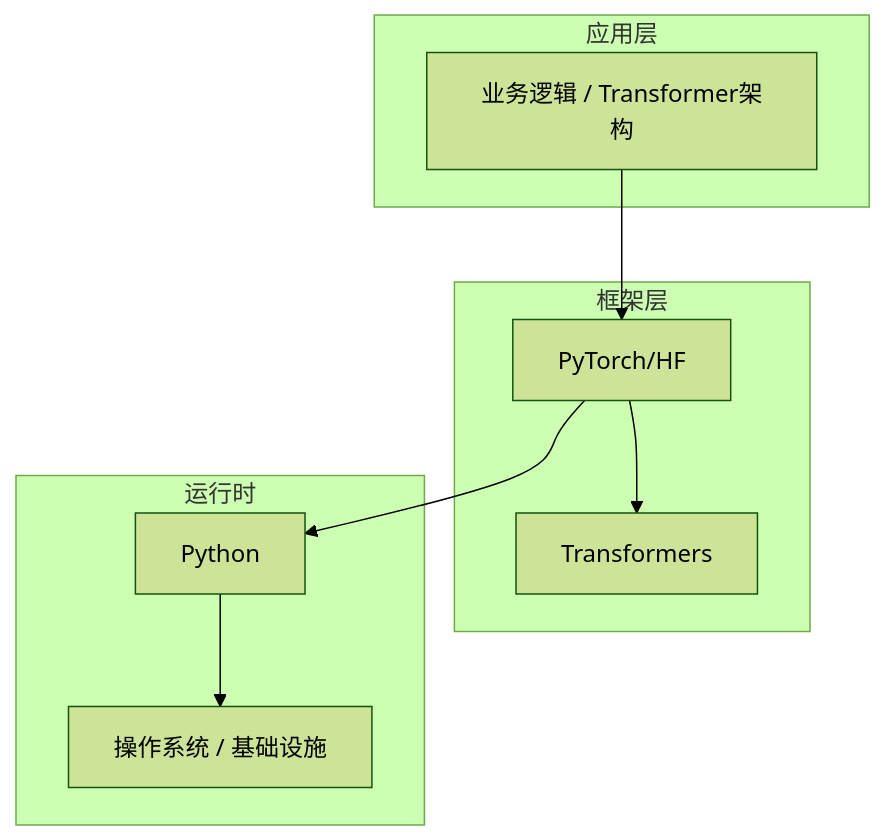
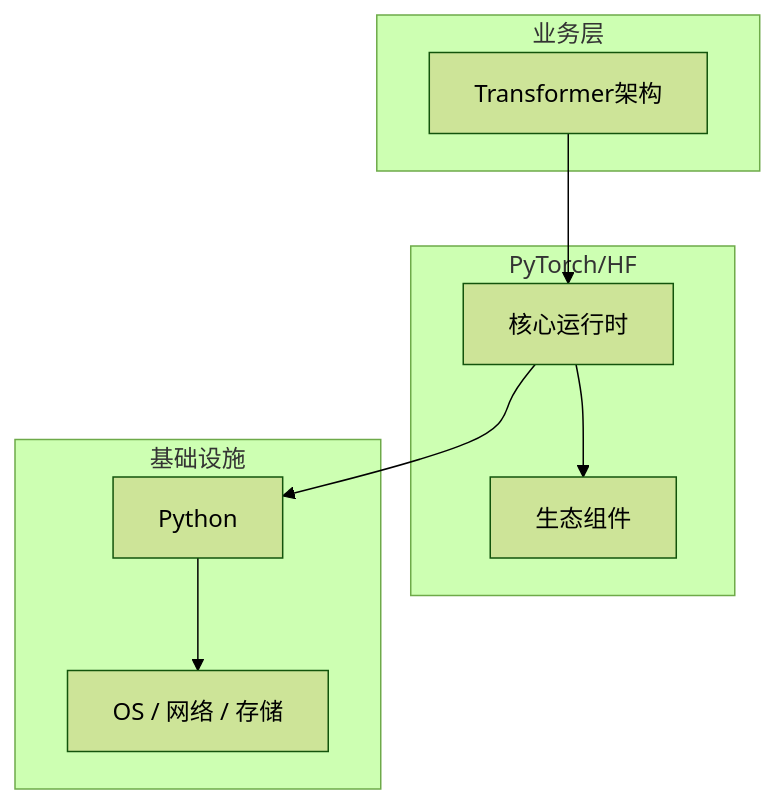
The diagram in articles/大语言模型/chapters/009-Transformer架构核心概念与原理.md (yanggan2015/knowledge-json-v2), drawn with Mermaid (forest theme) before and after one commit. The commit also changed other lines of this file and 10127 other files, not shown here.

````diff
--- a/articles/大语言模型/chapters/009-Transformer架构核心概念与原理.md
+++ b/articles/大语言模型/chapters/009-Transformer架构核心概念与原理.md
@@ -45,18 +30,18 @@
 ```mermaid
 graph TB
-    subgraph 应用层
-        A[业务逻辑 / Transformer架构]
+    subgraph 业务层
+        A[Transformer架构]
     end
-    subgraph 框架层
-        B[PyTorch/HF]
-        C[Transformers]
+    subgraph PyTorch/HF
+        B[核心运行时]
+        C[生态组件]
     end
-    subgraph 运行时
+    subgraph 基础设施
         D[Python]
-        E[操作系统 / 基础设施]
+        E[OS / 网络 / 存储]
     end
     A --> B
     B --> C
     B --> D
     D --> E
 ```
````
